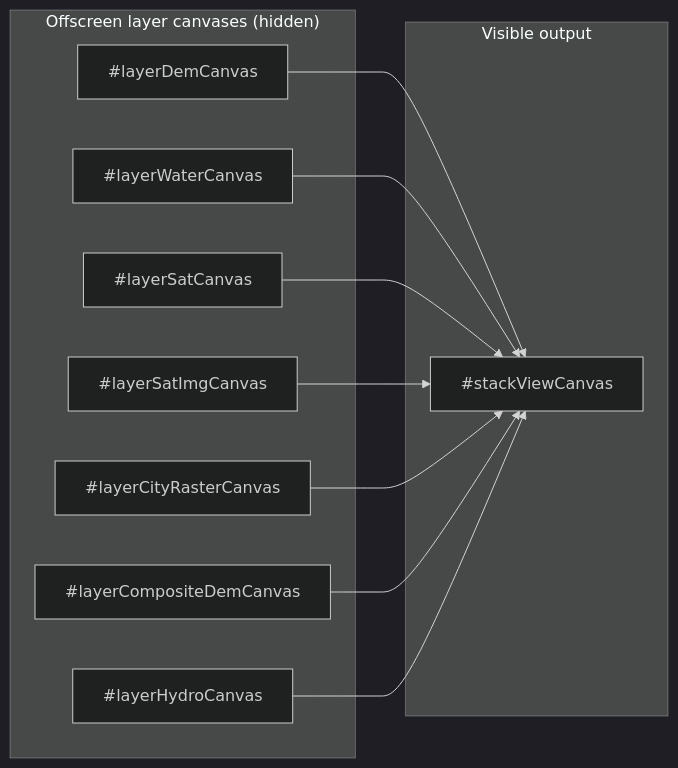
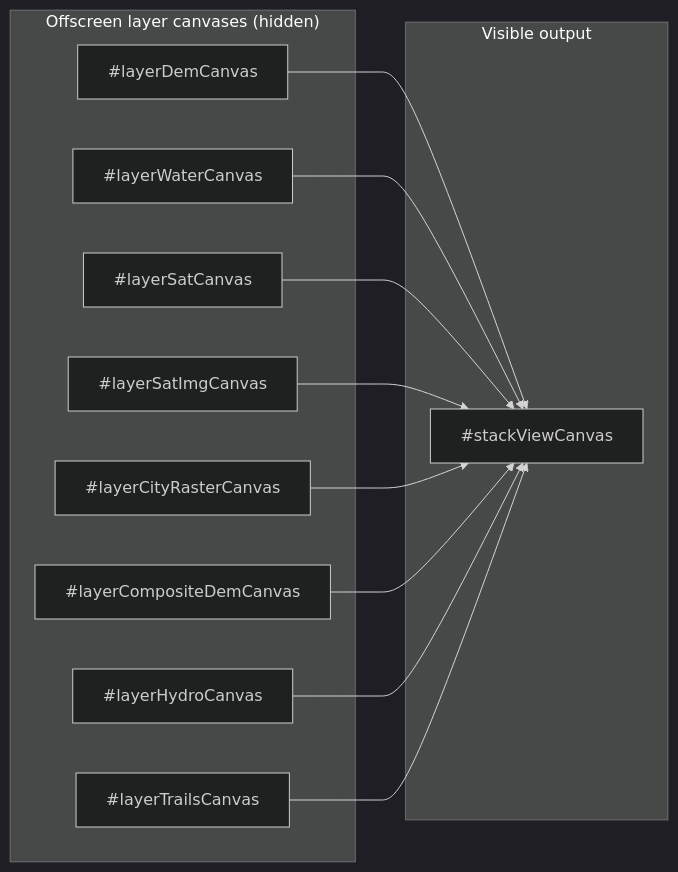
One commit to EdgarCardenasDeLaHoz/map2stl changed the first of 8 diagrams in docs/reference/layer-system.md. Above: the diagram before and after it, drawn with Mermaid (dark theme). The commit also changed other lines of this file and 216 other files, not shown here.

````diff
--- a/docs/reference/layer-system.md
+++ b/docs/reference/layer-system.md
@@ -15,16 +15,17 @@
 ```mermaid
 flowchart LR
     subgraph Offscreen ["Offscreen layer canvases (hidden)"]
         DEM["#layerDemCanvas"]
         WATER["#layerWaterCanvas"]
         SAT["#layerSatCanvas"]
         SATIMG["#layerSatImgCanvas"]
         CITY["#layerCityRasterCanvas"]
         COMP["#layerCompositeDemCanvas"]
         HYDRO["#layerHydroCanvas"]
+        TRAILS["#layerTrailsCanvas"]
     end
     subgraph Visible ["Visible output"]
         STACK["#stackViewCanvas"]
     end
-    DEM & WATER & SAT & SATIMG & CITY & COMP & HYDRO --> STACK
+    DEM & WATER & SAT & SATIMG & CITY & COMP & HYDRO & TRAILS --> STACK
 ```
````
